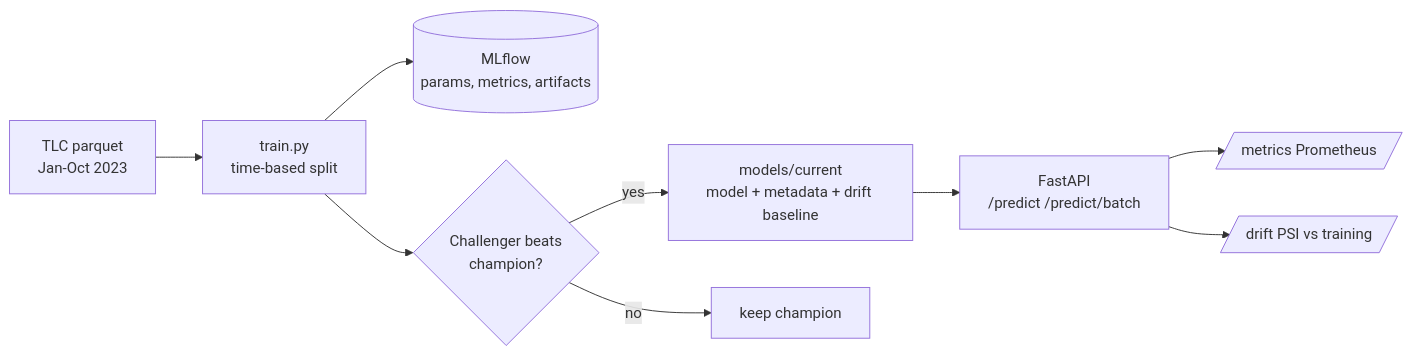
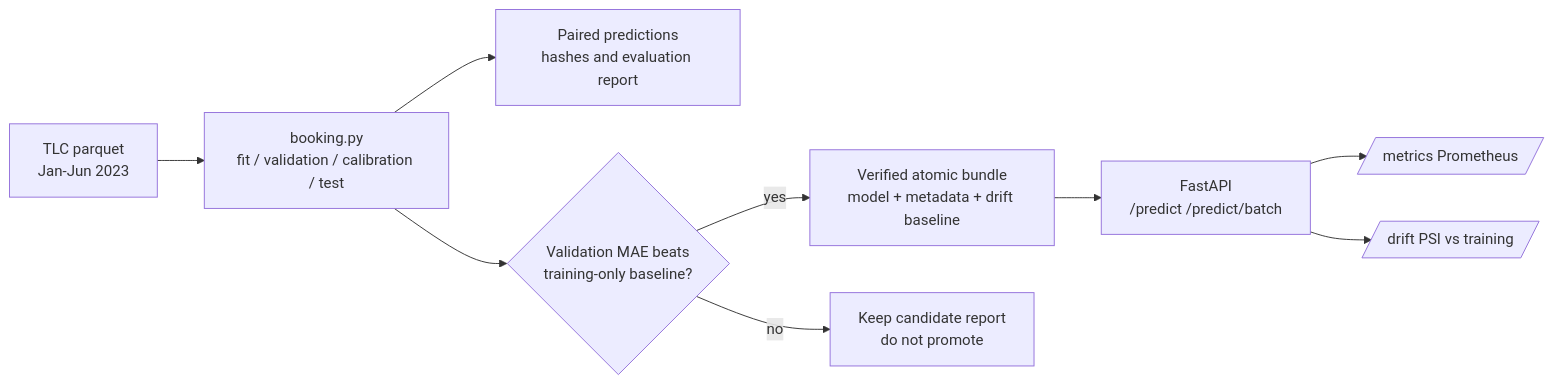
One commit to VasilenData/taxi-eta-service changed the diagram in README.md. Above: the diagram before and after it, drawn with Mermaid. The commit also changed other lines of this file and 37 other files, not shown here.

First line of the commit message:
Serve a verified booking-time duration model with independent calibration and auditable evidence (#4)

````diff
--- a/README.md
+++ b/README.md
@@ -9,11 +9,11 @@
 ```mermaid
 flowchart LR
-    D[TLC parquet<br/>Jan-Oct 2023] --> T[train.py<br/>time-based split]
-    T --> ML[(MLflow<br/>params, metrics, artifacts)]
-    T --> G{Challenger beats<br/>champion?}
-    G -- yes --> R[models/current<br/>model + metadata + drift baseline]
-    G -- no --> X[keep champion]
+    D[TLC parquet<br/>Jan-Jun 2023] --> T[booking.py<br/>fit / validation / calibration / test]
+    T --> E[Paired predictions<br/>hashes and evaluation report]
+    T --> G{Validation MAE beats<br/>training-only baseline?}
+    G -- yes --> R[Verified atomic bundle<br/>model + metadata + drift baseline]
+    G -- no --> X[Keep candidate report<br/>do not promote]
     R --> A[FastAPI<br/>/predict /predict/batch]
     A --> M[/metrics Prometheus/]
     A --> DR[/drift PSI vs training/]
 ```
````
